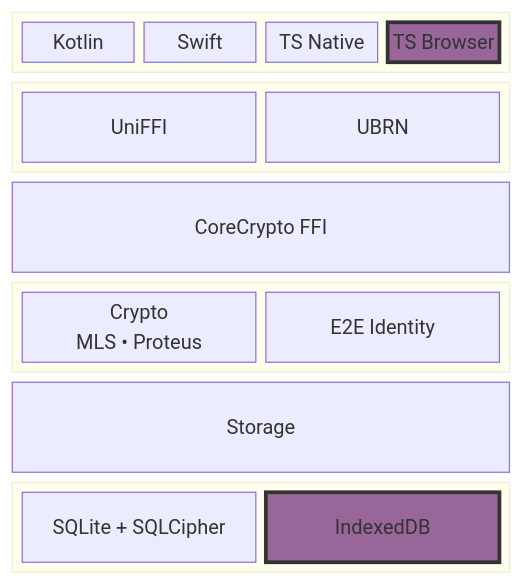
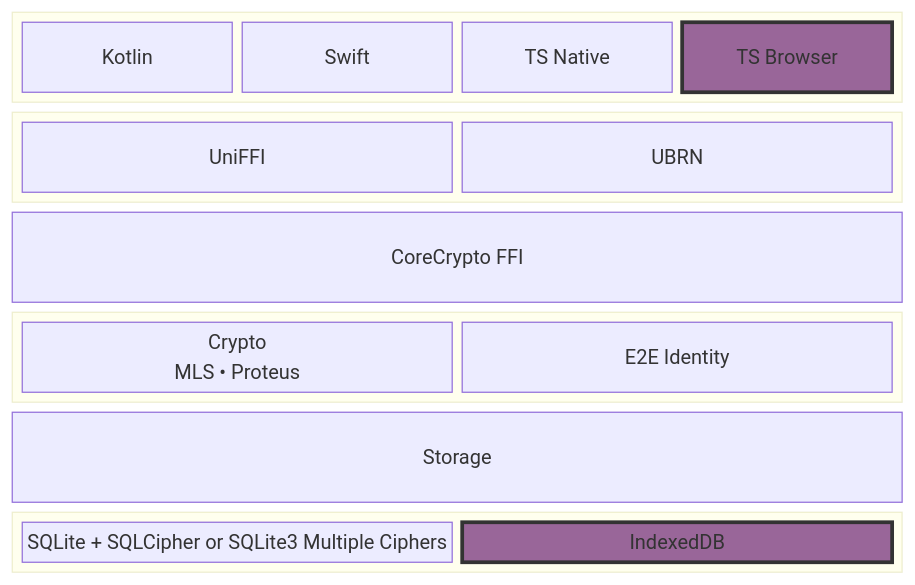
Before and after one commit to wireapp/core-crypto: the first of 3 diagrams in cc-book/src/development/ARCHITECTURE.md, drawn with Mermaid. The commit also changed other lines of this file and 10 other files, not shown here.

First line of the commit message:
feat(keystore): use sqlite3mc on native targets other than Android and iOS

````diff
--- a/cc-book/src/development/ARCHITECTURE.md
+++ b/cc-book/src/development/ARCHITECTURE.md
@@ -3,34 +3,34 @@
 ```mermaid
 block-beta
 
 columns 1
 
 block:system
     Kotlin
     Swift
     TSN["TS Native"]
     TSB["TS Browser"]
 end
 
 block:uniffi
     UniFFI
     UBRN
 end
 
 RUSTFFI["CoreCrypto FFI"]
 
 block:crypto
     CRYPTO["Crypto<br/>MLS • Proteus"]
     E2EI["E2E Identity"]
 end
 
 STORAGE["Storage"]
 block:database
-    Native["SQLite + SQLCipher"]
+    Native["SQLite + SQLCipher or SQLite3 Multiple Ciphers"]
     Browser["IndexedDB"]
 end
 
 classDef highlighted fill:#969,stroke:#333,stroke-width:3px;
 class TSB highlighted
 class Browser highlighted
 ```
````
